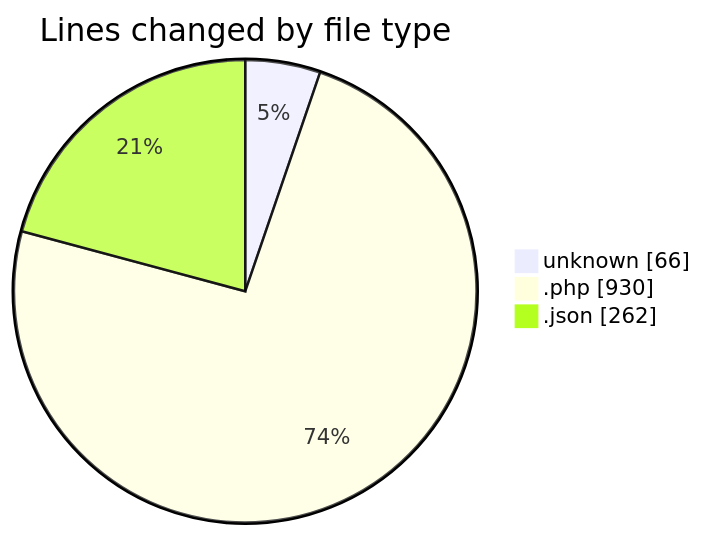
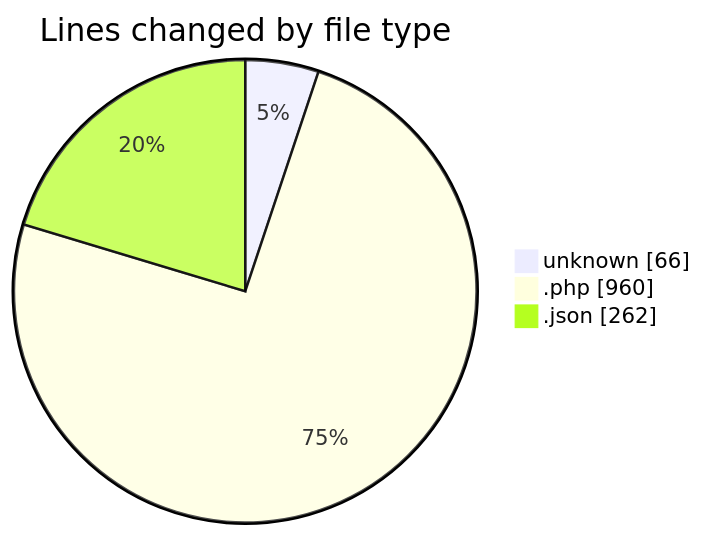
Before and after one commit to idhammustaqopulfikri/code-tracking: the first of 2 diagrams in 2025-11-08/futsal/README.md, drawn with Mermaid. The commit also changed other lines of this file and 1 other file, not shown here.

````diff
--- a/2025-11-08/futsal/README.md
+++ b/2025-11-08/futsal/README.md
@@ -32,7 +32,7 @@
 ```mermaid
 pie showData
 title Lines changed by file type
 "unknown" : 66
-".php" : 930
+".php" : 960
 ".json" : 262
 ```
````
